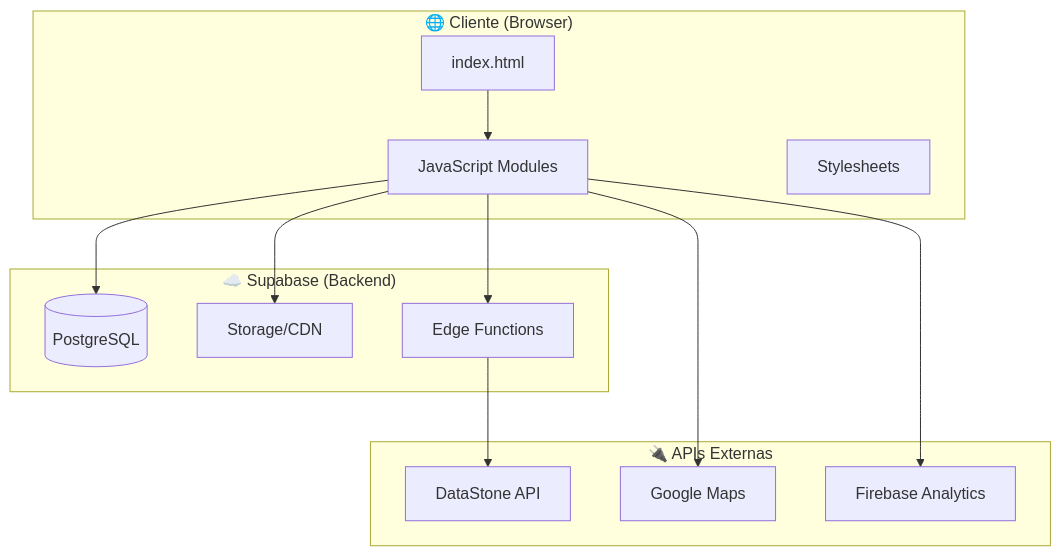
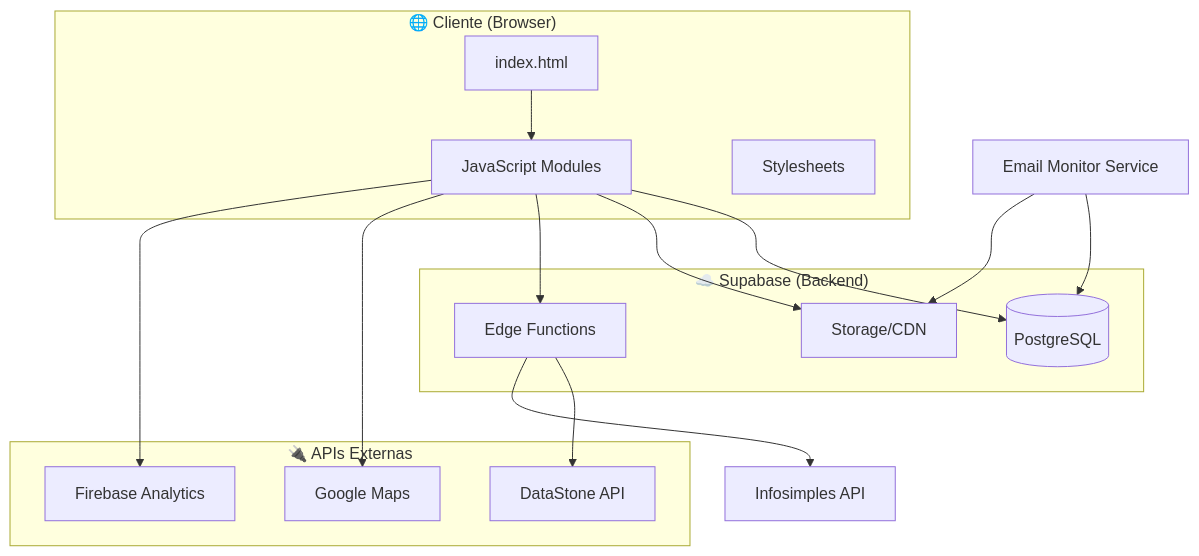
One commit to beehgiovani/GuaruGeo changed the diagram in docs/MANUAL_TECNICO.md. Above: the diagram before and after it, drawn with Mermaid. The commit also changed other lines of this file and 15 other files, not shown here.

````diff
--- a/docs/MANUAL_TECNICO.md
+++ b/docs/MANUAL_TECNICO.md
@@ -16,28 +16,31 @@
 ```mermaid
 graph TB
     subgraph Cliente["🌐 Cliente (Browser)"]
         HTML[index.html]
         JS[JavaScript Modules]
         CSS[Stylesheets]
     end
     
     subgraph Backend["☁️ Supabase (Backend)"]
         PG[(PostgreSQL)]
         Storage[Storage/CDN]
         EdgeFn[Edge Functions]
     end
     
     subgraph External["🔌 APIs Externas"]
         DS[DataStone API]
         GM[Google Maps]
         FA[Firebase Analytics]
     end
     
     HTML --> JS
     JS --> PG
     JS --> Storage
     JS --> EdgeFn
     EdgeFn --> DS
+    EdgeFn --> IS[Infosimples API]
     JS --> GM
     JS --> FA
+    Mon[Email Monitor Service] --> PG
+    Mon --> Storage
 ```
````
